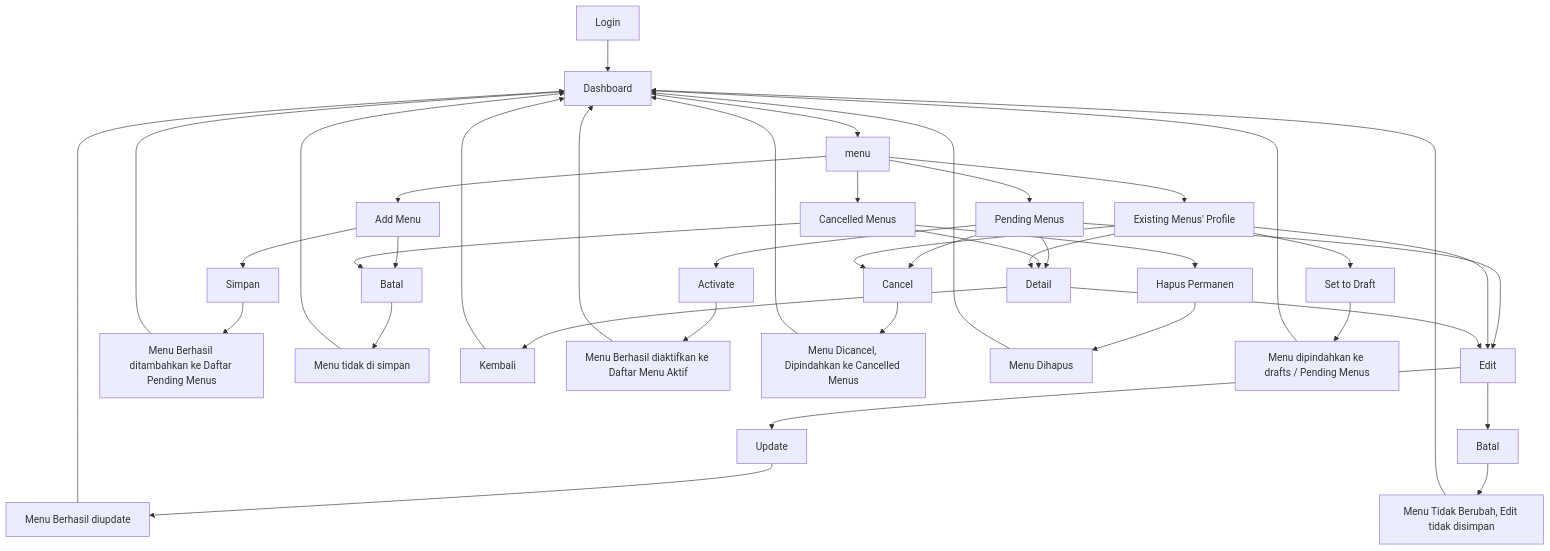
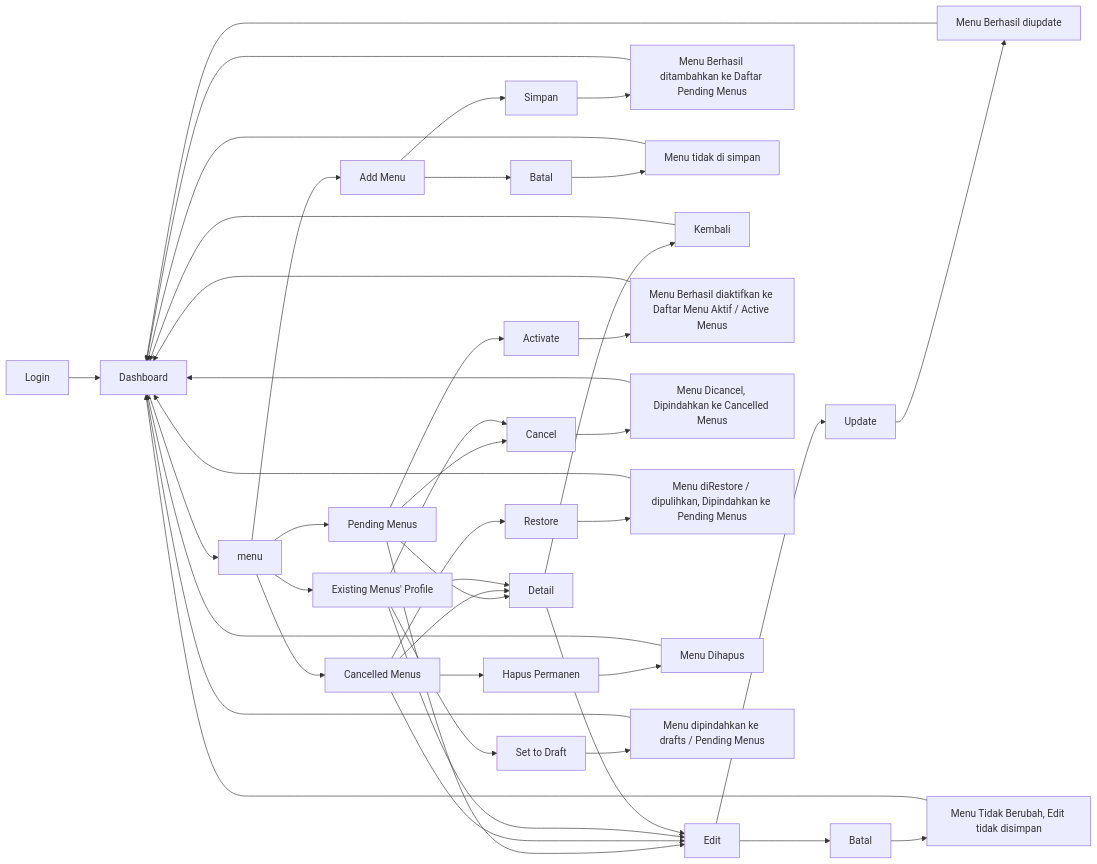
One commit to Kantin-UPB/kantin changed the diagram in docs/231510001_Elva_CrudMenu.md. Above: the diagram before and after it, drawn with Mermaid. The commit also changed other lines of this file and 5 other files, not shown here.

Commit message:
Menu Navigation & Restore Feature

````diff
--- a/docs/231510001_Elva_CrudMenu.md
+++ b/docs/231510001_Elva_CrudMenu.md
@@ -34,47 +85,46 @@
 ```mermaid
-graph
+graph LR
   1[Login] --> 2[Dashboard]
   2 --> 3[menu]
   3 --> 4[Add Menu]
   3 --> 5[Pending Menus]
   3 --> 6[Cancelled Menus]
   3 --> 7[Existing Menus' Profile]
-
   4 --> 8[Simpan]
   4 --> 9[Batal]
   5 --> 10[Detail]
   5 --> 11[Edit]
   5 --> 12[Activate]
   5 --> 13[Cancel]
-  6 --> 9
   6 --> 10
-  6 --> 14[Hapus Permanen]
+  6 --> 11
+  6 --> 14[Restore]
+  6 --> 15[Hapus Permanen]
   7 --> 10
   7 --> 11
-  7 --> 15[Set to Draft]
+  7 --> 16[Set to Draft]
   7 --> 13
-
-  8 --> 16[Menu Berhasil ditambahkan ke Daftar Pending Menus]
-  9 --> 17[Menu tidak di simpan] 
+  8 --> 17[Menu Berhasil ditambahkan ke Daftar Pending Menus]
+  9 --> 18[Menu tidak di simpan] 
   10 --> 11
-  10 --> 18[Kembali]  
-  11 --> 19[Update]
-  11 --> 20[Batal]
-  12 --> 21[Menu Berhasil diaktifkan ke Daftar Menu Aktif]
-  13 --> 22[Menu Dicancel, Dipindahkan ke Cancelled Menus]
-  14 --> 23[Menu Dihapus]
-  15 --> 24[Menu dipindahkan ke drafts / Pending Menus]
-
-  16 --> 2
+  10 --> 19[Kembali]  
+  11 --> 20[Update]
+  11 --> 21[Batal]
+  12 --> 22[Menu Berhasil diaktifkan ke Daftar Menu Aktif / Active Menus]
+  13 --> 23[Menu Dicancel, Dipindahkan ke Cancelled Menus]
+  14 --> 24[Menu diRestore / dipulihkan, Dipindahkan ke Pending Menus]
+  15 --> 25[Menu Dihapus]
+  16 --> 26[Menu dipindahkan ke drafts / Pending Menus]
   17 --> 2
   18 --> 2
-  19 --> 25[Menu Berhasil diupdate]
-  20 --> 26[Menu Tidak Berubah, Edit tidak disimpan]
-  21 --> 2
+  19 --> 2
+  20 --> 27[Menu Berhasil diupdate]
+  21 --> 28[Menu Tidak Berubah, Edit tidak disimpan]
   22 --> 2
   23 --> 2
   24 --> 2
-
   25 --> 2
   26 --> 2
+  27 --> 2
+  28 --> 2
 ``` 
````
